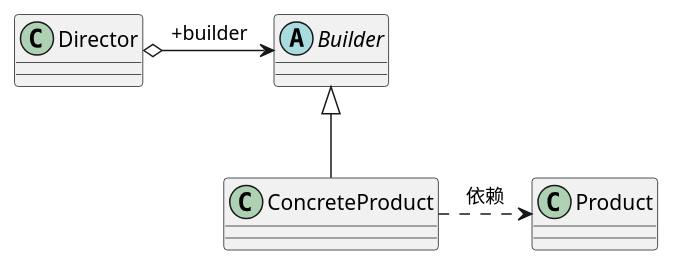
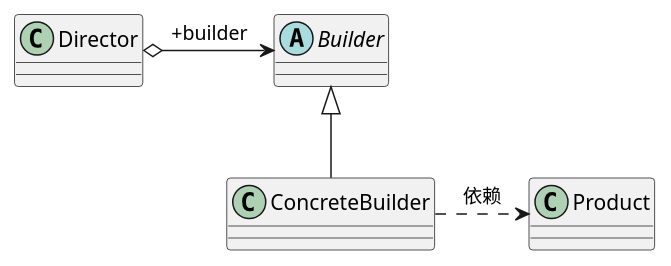
The diagram in src/main/java/com/gorden5566/learn/pattern/manual/builder/builder.puml (gorden5566/demo), drawn with PlantUML before and after one commit. The commit also changed 1 other file, not shown here.

```diff
--- a/src/main/java/com/gorden5566/learn/pattern/manual/builder/builder.puml
+++ b/src/main/java/com/gorden5566/learn/pattern/manual/builder/builder.puml
@@ -1,13 +1,13 @@
 @startuml
 skinparam classAttributeIconSize 0
 
 class Director
 abstract class Builder
-class ConcreteProduct
+class ConcreteBuilder
 class Product
 
-ConcreteProduct -up-|> Builder
-ConcreteProduct .right.> Product : 依赖
+ConcreteBuilder -up-|> Builder
+ConcreteBuilder .right.> Product : 依赖
 Director o-right-> Builder : +builder
 
 @enduml
```
